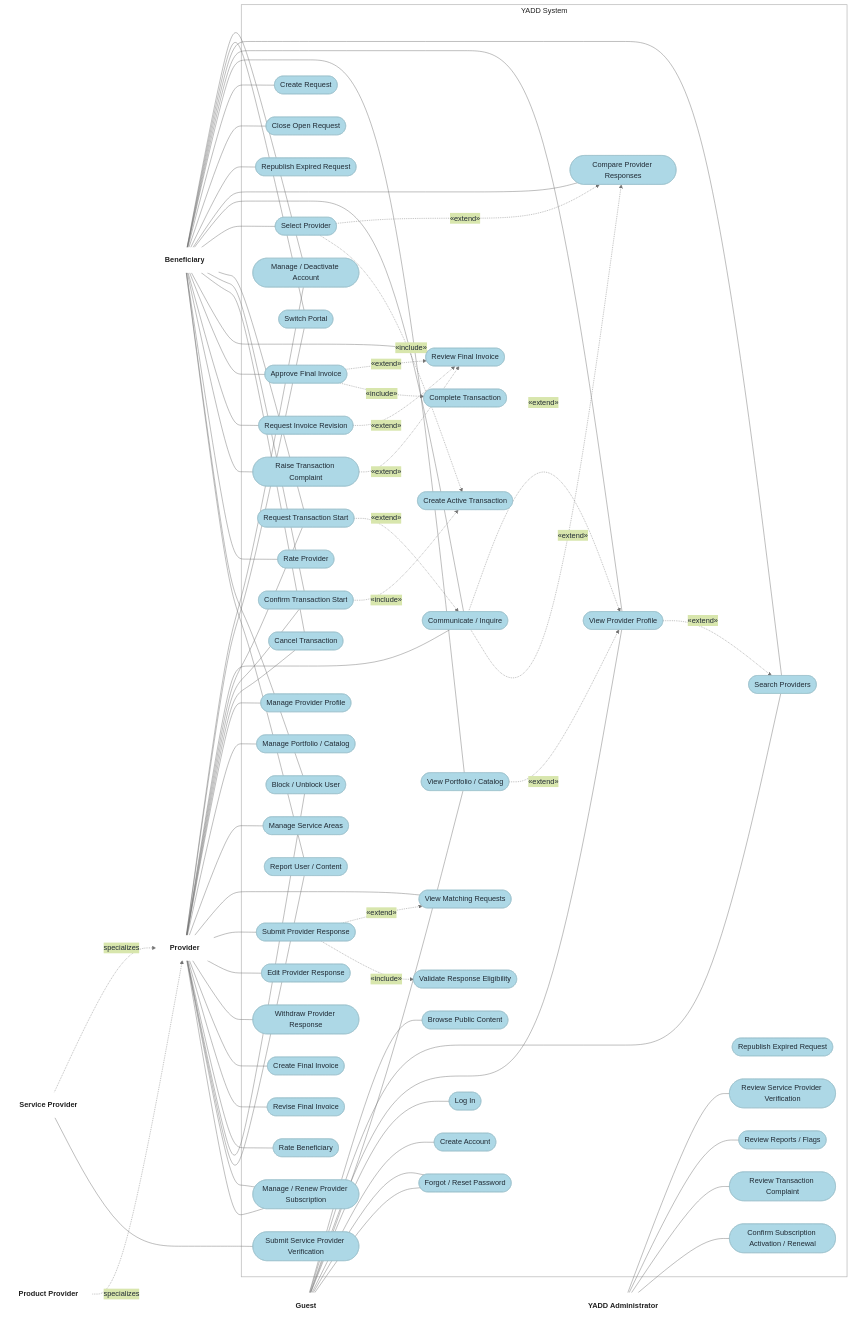
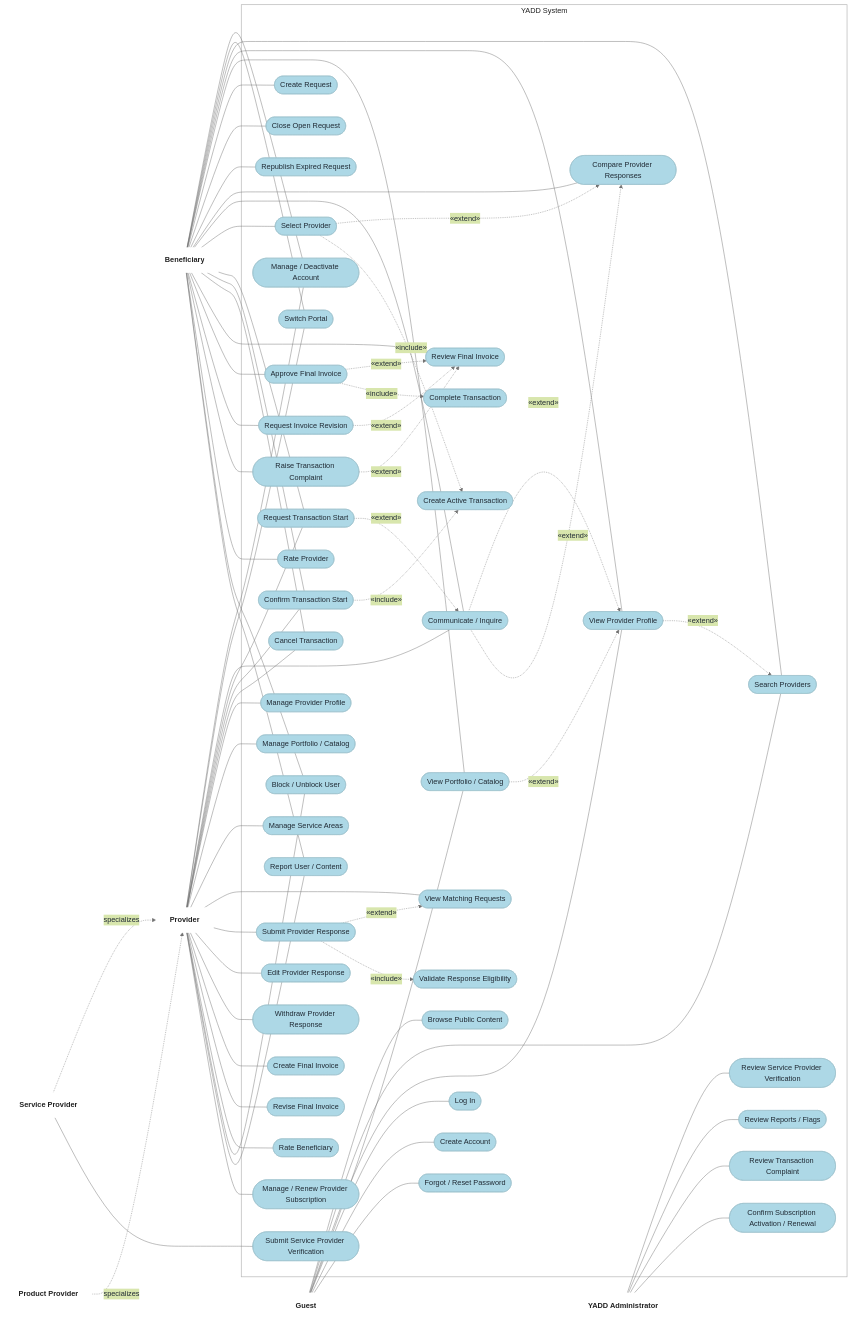
Before and after one commit to Yadd-SanaaUniversityGraduationProject/yadd: the diagram in docs/03-analysis/10-UML.md, drawn with Mermaid. The commit also changed other lines of this file and 33 other files, not shown here.

First line of the commit message:
docs: synchronize UML diagram packages

````diff
--- a/docs/03-analysis/10-UML.md
+++ b/docs/03-analysis/10-UML.md
@@ -46,10 +46,8 @@
         UC1([Manage / Deactivate Account])
         UCL([Log In])
         UCR([Create Account])
-        UCF([Recover Password])
         UCS([Switch Portal])
         UCF([Forgot / Reset Password])
-        UCS([Switch Portal])
 
         UC2([Search Providers])
         UC3([View Provider Profile])
@@ -57,7 +55,6 @@
         UC4([Create Request])
         UC5([Close Open Request])
         UCRP([Republish Expired Request])
-        UC5R([Republish Expired Request])
         UC6([Compare Provider Responses])
         UC7([Communicate / Inquire])
         UC8([Select Provider])
@@ -104,7 +101,6 @@
     G --- UCL
     G --- UCR
     G --- UCF
-    G --- UCF
 
     B --- UC1
     B --- UCS
@@ -113,7 +109,7 @@
     B --- UCP
     B --- UC4
     B --- UC5
-    B --- UC5R
+    B --- UCRP
     B --- UC6
     B --- UC7
     B --- UC8
@@ -147,7 +143,6 @@
     P --- UC31
     P --- UC32
     P --- UC36
-    P --- UC36
 
     SP -. specializes .-> P
     PP -. specializes .-> P
@@ -177,6 +172,6 @@
 
     classDef usecase fill:#ADD8E6,stroke:#9ABFCB,stroke-width:1px,color:#1F2933;
     classDef actor fill:#FFFFFF,stroke:#FFFFFF,color:#222222,font-weight:bold;
-    class UC0,UC1,UCL,UCR,UCF,UCS,UC2,UC3,UCP,UC4,UC5,UC5R,UC6,UC7,UC8,UC9,UC10,UC11,UC12,UC13,UC14,UC15,UC16,UC17,UC18,UC19,UC20,UC21,UC22,UC23,UC24,UC25,UC26,UC27,UC28,UC29,UC30,UC31,UC32,UC33,UC34,UC35,UC36,UC37 usecase;
+    class UC0,UC1,UCL,UCR,UCF,UCS,UC2,UC3,UCP,UC4,UC5,UCRP,UC6,UC7,UC8,UC9,UC10,UC11,UC12,UC13,UC14,UC15,UC16,UC17,UC18,UC19,UC20,UC21,UC22,UC23,UC24,UC25,UC26,UC27,UC28,UC29,UC30,UC31,UC32,UC33,UC34,UC35,UC36,UC37 usecase;
     style YADD fill:#FFFFFF,stroke:#B7B7B7,stroke-width:1.5px,color:#222222;
 ```
````
